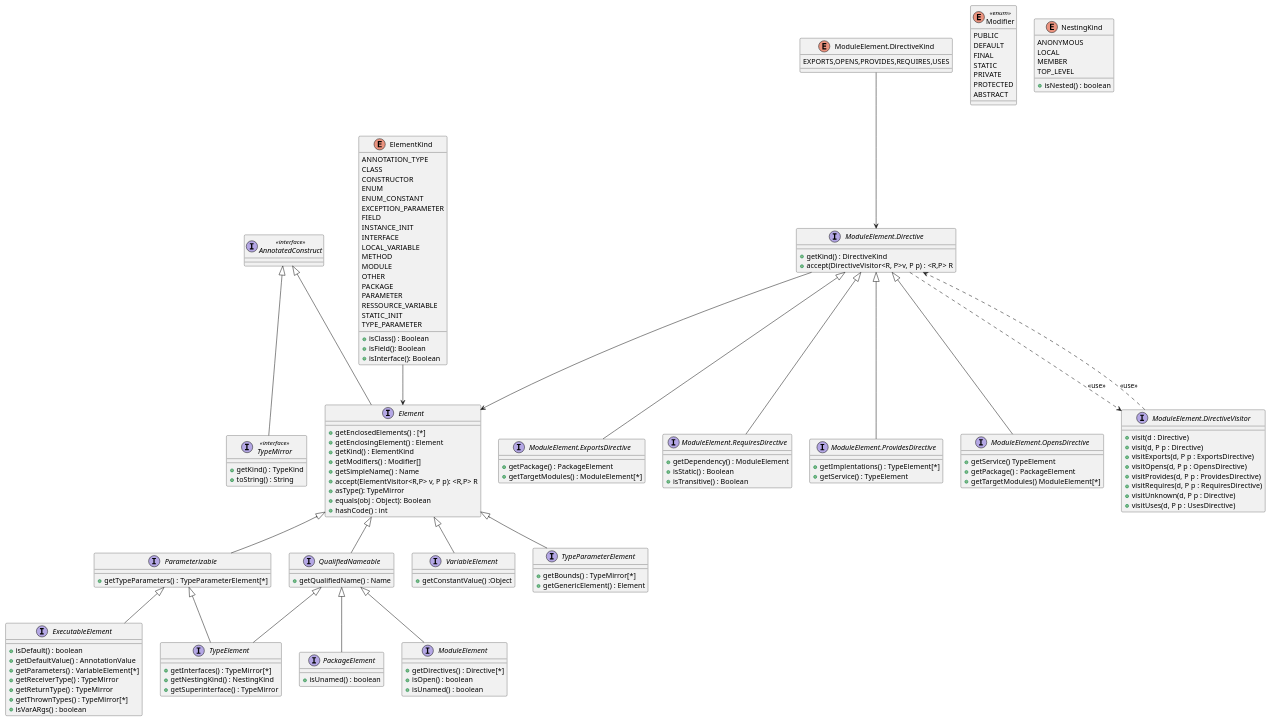
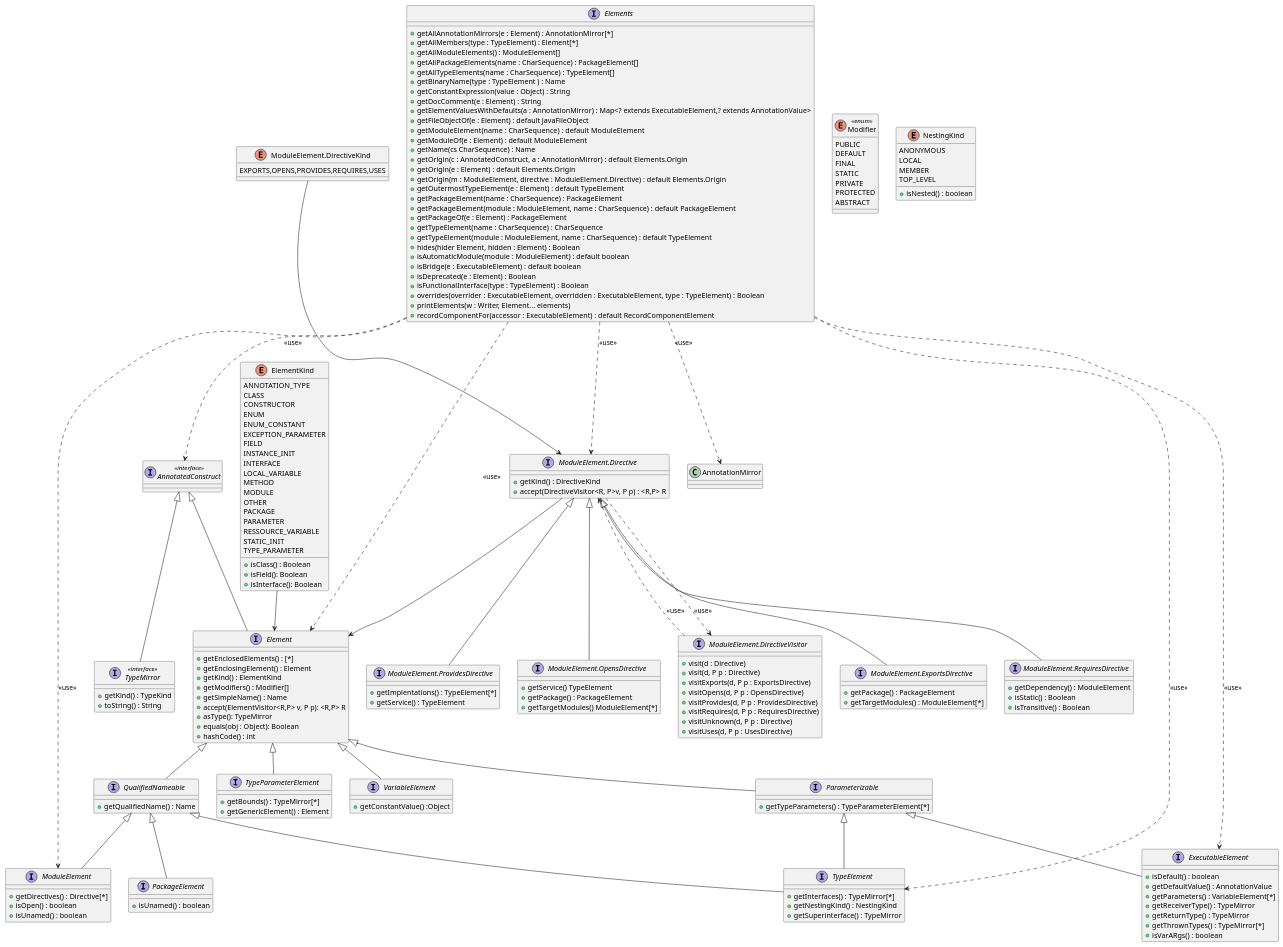
One commit to karimelkaid/PumlFromJava changed the diagram in uml/DCC_API_JLM.puml. Above: the diagram before and after it, drawn with PlantUML.

```diff
--- a/uml/DCC_API_JLM.puml
+++ b/uml/DCC_API_JLM.puml
@@ -1,152 +1,192 @@
 @startuml
 'https://plantuml.com/interface-diagram
 interface AnnotatedConstruct <<interface>>
 interface TypeMirror <<interface>> extends AnnotatedConstruct
 {
 +getKind() : TypeKind
 +toString() : String
 }
 interface Element extends AnnotatedConstruct{
 + getEnclosedElements() : [*]
 + getEnclosingElement() : Element
 + getKind() : ElementKind
 + getModifiers() : Modifier[]
 + getSimpleName() : Name
 + accept(ElementVisitor<R,P> v, P p): <R,P> R
 + asType(): TypeMirror
 + equals(obj : Object): Boolean
 + hashCode() : int
 }
 ElementKind --> Element
 
 enum ElementKind{
 ANNOTATION_TYPE
 CLASS
 CONSTRUCTOR
 ENUM
 ENUM_CONSTANT
 EXCEPTION_PARAMETER
 FIELD
 INSTANCE_INIT
 INTERFACE
 LOCAL_VARIABLE
 METHOD
 MODULE
 OTHER
 PACKAGE
 PARAMETER
 RESSOURCE_VARIABLE
 STATIC_INIT
 TYPE_PARAMETER
 + isClass() : Boolean
 + isField(): Boolean
 + isInterface(): Boolean
 }
 enum Modifier <<enum>> {
     PUBLIC
     DEFAULT
     FINAL
     STATIC
     PRIVATE
     PROTECTED
     ABSTRACT
 }
 
 interface  Parameterizable extends Element {
 + getTypeParameters() : TypeParameterElement[*]
 }
 
 interface QualifiedNameable extends Element{
 + getQualifiedName() : Name
 }
 interface VariableElement extends Element{
 + getConstantValue() :Object
 }
 interface TypeParameterElement extends Element{
 + getBounds() : TypeMirror[*]
 + getGenericElement() : Element
 }
 interface ExecutableElement extends Parameterizable{
 + isDefault() : boolean
 + getDefaultValue() : AnnotationValue
 + getParameters() : VariableElement[*]
 + getReceiverType() : TypeMirror
 + getReturnType() : TypeMirror
 + getThrownTypes() : TypeMirror[*]
 + isVarARgs() : boolean
 }
 interface TypeElement extends Parameterizable, QualifiedNameable{
 + getInterfaces() : TypeMirror[*]
 + getNestingKind() : NestingKind
 + getSuperinterface() : TypeMirror
 }
 enum NestingKind{
 ANONYMOUS
 LOCAL
 MEMBER
 TOP_LEVEL
 + isNested() : boolean
 }
 
 interface PackageElement extends QualifiedNameable{
 + isUnamed() : boolean
 }
 interface ModuleElement extends QualifiedNameable {
 + getDirectives() : Directive[*]
 + isOpen() : boolean
 + isUnamed() : boolean
 }
 interface "ModuleElement.Directive" as ModuleElementDirective {
 + getKind() : DirectiveKind
 + accept(DirectiveVisitor<R, P>v, P p) : <R,P> R
 }
 ModuleElementDirective --> Element
 
 interface "ModuleElement.ExportsDirective" as ModuleElementExportsDirective extends ModuleElementDirective {
 + getPackage() : PackageElement
 + getTargetModules() : ModuleElement[*]
 }
 
 interface "ModuleElement.RequiresDirective" as ModuleElementRequiresDirective extends ModuleElementDirective {
 + getDependency() : ModuleElement
 + isStatic() : Boolean
 + isTransitive() : Boolean
 }
 
 interface "ModuleElement.ProvidesDirective" as ModuleElementProvidesDirective extends ModuleElementDirective {
 + getImplentations() : TypeElement[*]
 + getService() : TypeElement
 }
 interface "ModuleElement.UsesDirective" as ModuleElementUsesDirective{
 + getService() TypeElement
 }
 
 interface "ModuleElement.OpensDirective" as ModuleElementUsesDirective extends ModuleElementDirective{
 + getPackage() : PackageElement
 + getTargetModules() ModuleElement[*]
 }
 enum "ModuleElement.DirectiveKind" as ModuleElementDirectiveKind{
 EXPORTS,OPENS,PROVIDES,REQUIRES,USES
 }
 ModuleElementDirectiveKind --> ModuleElementDirective
 
 
 interface "ModuleElement.DirectiveVisitor" as ModuleElementDirectiveVisitor {
 + visit(d : Directive)
 + visit(d, P p : Directive)
 + visitExports(d, P p : ExportsDirective)
 + visitOpens(d, P p : OpensDirective)
 + visitProvides(d, P p : ProvidesDirective)
 + visitRequires(d, P p : RequiresDirective)
 + visitUnknown(d, P p : Directive)
 + visitUses(d, P p : UsesDirective)
 }
 
 ModuleElementDirective ..> ModuleElementDirectiveVisitor : <<use>>
 
 ModuleElementDirectiveVisitor ..> ModuleElementDirective : <<use>>
 
+interface Elements {
++ getAllAnnotationMirrors(e : Element) : AnnotationMirror[*]
++ getAllMembers(type : TypeElement) : Element[*]
++ getAllModuleElements() : ModuleElement[]
++ getAllPackageElements(name : CharSequence) : PackageElement[]
++ getAllTypeElements(name : CharSequence) : TypeElement[]
++ getBinaryName(type : TypeElement ) : Name
++ getConstantExpression(value : Object) : String
++ getDocComment(e : Element) : String
++ getElementValuesWithDefaults(a : AnnotationMirror) : Map<? extends ExecutableElement,? extends AnnotationValue>
++ getFileObjectOf(e : Element) : default JavaFileObject
++ getModuleElement(name : CharSequence) :  default ModuleElement
++ getModuleOf(e : Element) : default ModuleElement
++ getName(cs CharSequence) : Name
++ getOrigin(c : AnnotatedConstruct, a : AnnotationMirror) : default Elements.Origin
++ getOrigin(e : Element) : default Elements.Origin
++ getOrigin(m : ModuleElement, directive : ModuleElement.Directive) : default Elements.Origin
++ getOutermostTypeElement(e : Element) : default TypeElement
++ getPackageElement(name : CharSequence) : PackageElement
++ getPackageElement(module : ModuleElement, name : CharSequence) : default PackageElement
++ getPackageOf(e : Element) : PackageElement
++ getTypeElement(name : CharSequence) : CharSequence
++ getTypeElement(module : ModuleElement, name : CharSequence) : default TypeElement
++ hides(hider Element, hidden : Element) : Boolean
++ isAutomaticModule(module : ModuleElement) : default boolean
++ isBridge(e : ExecutableElement) : default boolean
++ isDeprecated(e : Element) : Boolean
++ isFunctionalInterface(type : TypeElement) : Boolean
++ overrides(overrider : ExecutableElement, overridden : ExecutableElement, type : TypeElement) : Boolean
++ printElements(w : Writer, Element... elements)
++ recordComponentFor(accessor : ExecutableElement) : default RecordComponentElement
+
+}
+Elements ..> Element : <<use>>
+Elements ..> TypeElement : <<use>>
+Elements ..> ExecutableElement : <<use>>
+Elements ..> ModuleElement : <<use>>
+Elements ..> ModuleElementDirective : <<use>>
+Elements ..> AnnotatedConstruct : <<use>>
+Elements ..> AnnotationMirror : <<use>>
 
 
 
 @enduml
```
